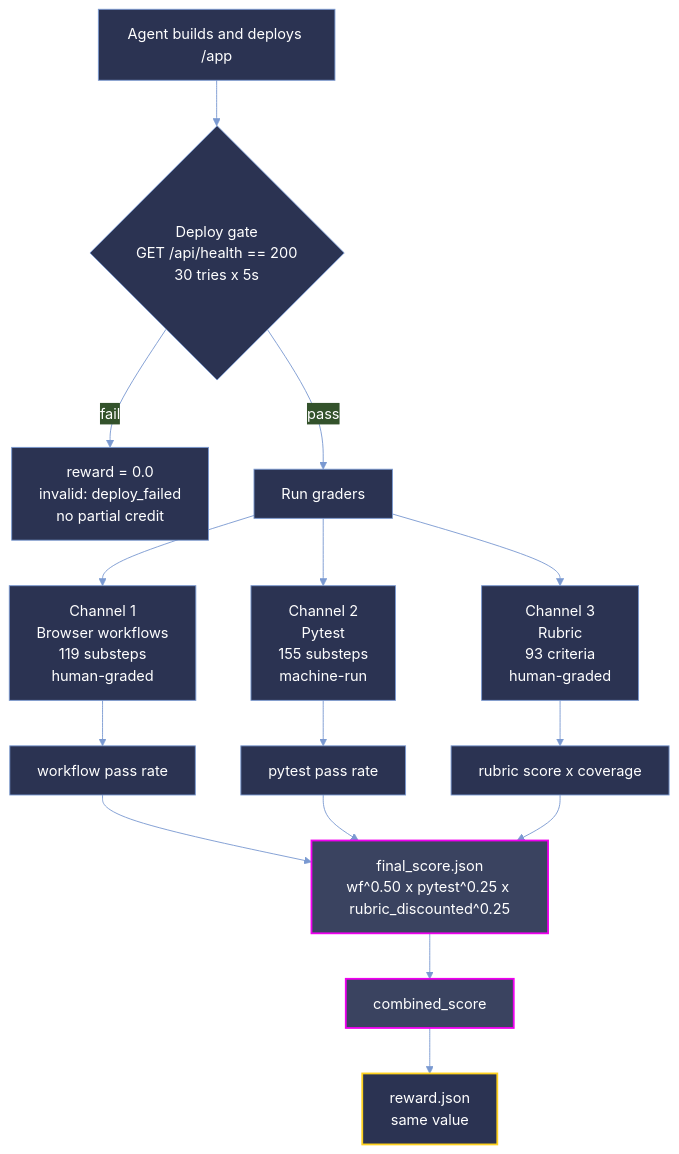
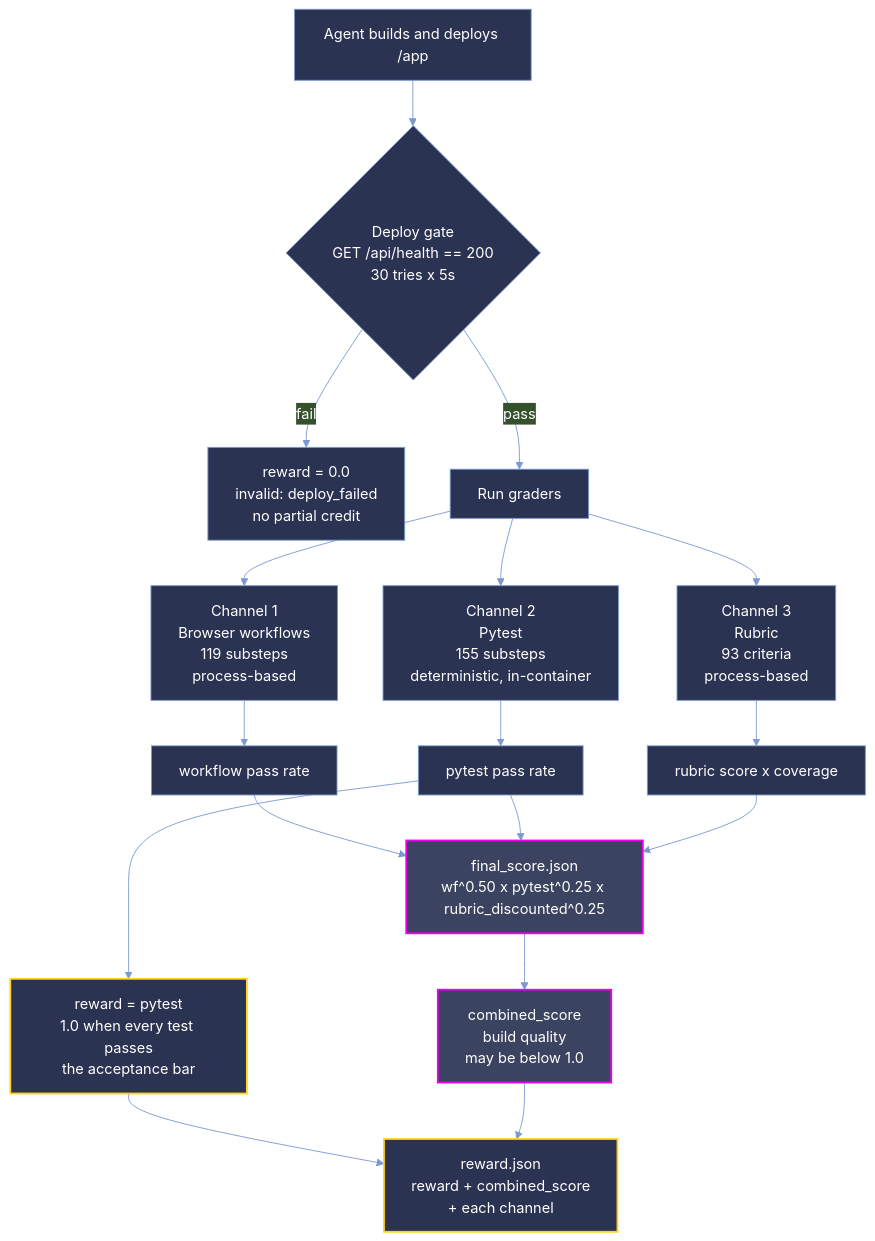
The diagram in README.md (EtharaOrion/deku-samples), drawn with Mermaid before and after one commit. The commit also changed other lines of this file and 258 other files, not shown here.

````diff
--- a/README.md
+++ b/README.md
@@ -500,22 +562,24 @@
 ```mermaid
 %%{init: {'theme':'base','themeVariables':{'primaryColor':'#2b3352','primaryTextColor':'#ffffff','primaryBorderColor':'#7a99d1','lineColor':'#7a99d1','fontFamily':'DM Sans, Roboto, Segoe UI, sans-serif'}}}%%
 flowchart TD
     A[Agent builds and deploys /app] --> B{Deploy gate<br/>GET /api/health == 200<br/>30 tries x 5s}
     B -- fail --> Z[reward = 0.0<br/>invalid: deploy_failed<br/>no partial credit]
     B -- pass --> C[Run graders]
-    C --> D[Channel 1<br/>Browser workflows<br/>119 substeps<br/>human-graded]
-    C --> E[Channel 2<br/>Pytest<br/>155 substeps<br/>machine-run]
-    C --> F[Channel 3<br/>Rubric<br/>93 criteria<br/>human-graded]
+    C --> D[Channel 1<br/>Browser workflows<br/>119 substeps<br/>process-based]
+    C --> E[Channel 2<br/>Pytest<br/>155 substeps<br/>deterministic, in-container]
+    C --> F[Channel 3<br/>Rubric<br/>93 criteria<br/>process-based]
     D --> G[workflow pass rate]
     E --> H[pytest pass rate]
     F --> I[rubric score x coverage]
     G --> S[final_score.json<br/>wf^0.50 x pytest^0.25 x rubric_discounted^0.25]
     H --> S
     I --> S
-    S --> T[combined_score]
-    T --> R[reward.json<br/>same value]
+    S --> T[combined_score<br/>build quality<br/>may be below 1.0]
+    H --> R[reward = pytest<br/>1.0 when every test passes<br/>the acceptance bar]
+    R --> J[reward.json<br/>reward + combined_score<br/>+ each channel]
+    T --> J
     classDef sig fill:#2b3352,stroke:#FFD21F,stroke-width:2px,color:#ffffff
     classDef rep fill:#3a4360,stroke:#ee00ee,stroke-width:2px,color:#ffffff
-    class R sig
+    class R,J sig
     class S,T rep
 ```
````
